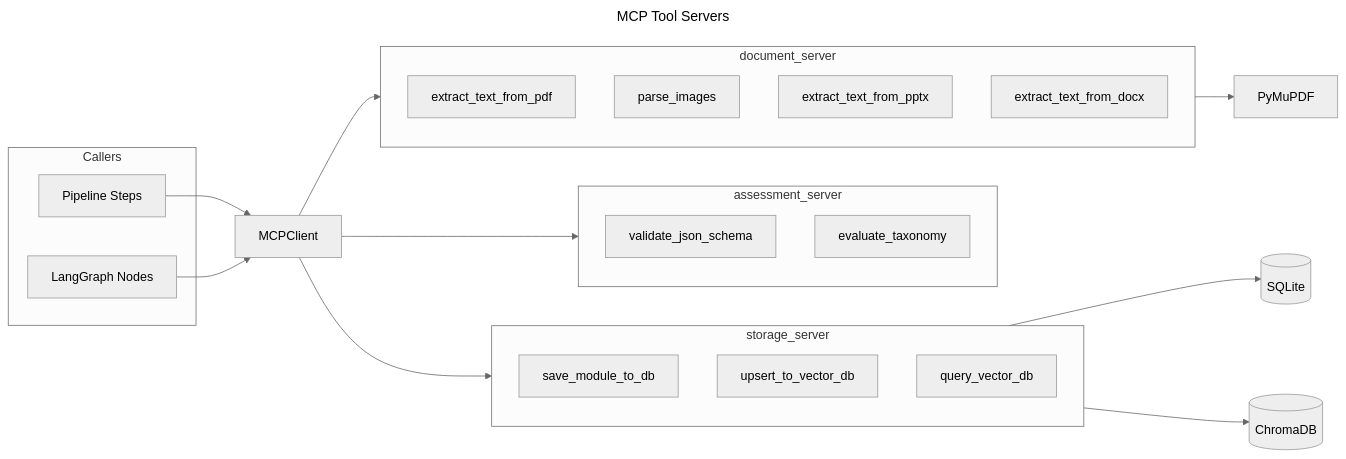
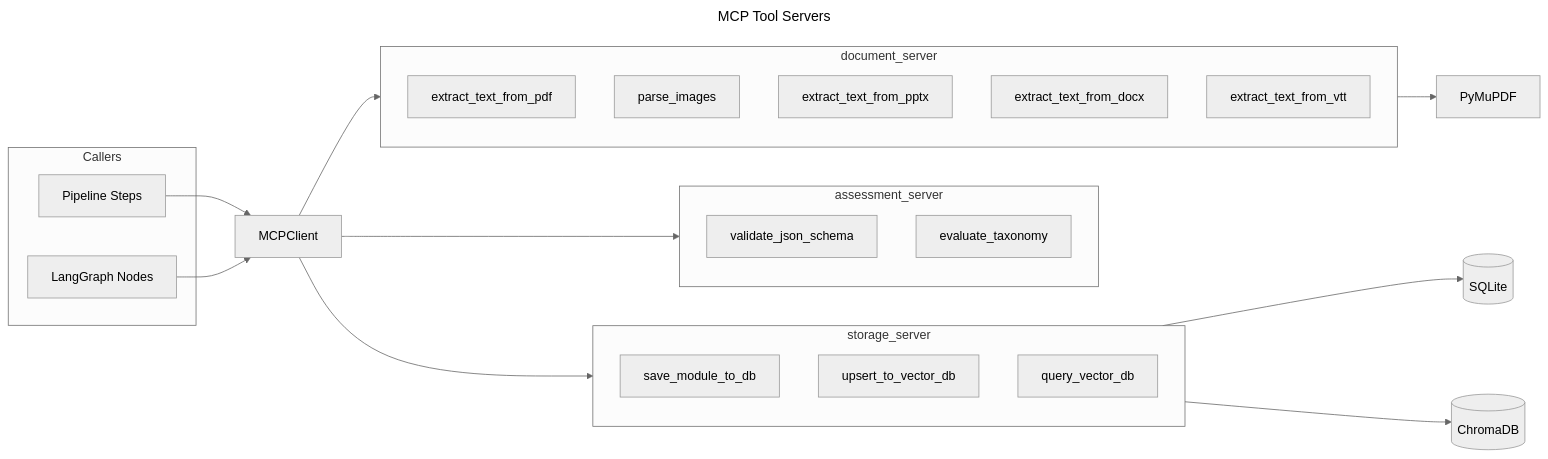
Before and after one commit to bijesh-p/deepl-ai-tutor: the fifth of 10 diagrams in ARCHITECTURE.md, drawn with Mermaid (neutral theme). The commit also changed other lines of this file and 3 other files, not shown here.

First line of the commit message:
[Phase 75] Sync ARCHITECTURE/CLAUDE/README/references with current features

````diff
--- a/ARCHITECTURE.md
+++ b/ARCHITECTURE.md
@@ -393,36 +432,37 @@
 ```mermaid
 ---
 title: MCP Tool Servers
 ---
 flowchart LR
     subgraph Callers
         PIPE[Pipeline Steps]
         TUTOR[LangGraph Nodes]
     end
 
     MC[MCPClient]
 
     subgraph document_server
         T1[extract_text_from_pdf]
         T2[parse_images]
         T1b[extract_text_from_pptx]
         T1c[extract_text_from_docx]
+        T1d[extract_text_from_vtt]
     end
 
     subgraph assessment_server
         T3[validate_json_schema]
         T4[evaluate_taxonomy]
     end
 
     subgraph storage_server
         T5[save_module_to_db]
         T6[upsert_to_vector_db]
         T7[query_vector_db]
     end
 
     PIPE & TUTOR --> MC
     MC --> document_server & assessment_server & storage_server
     document_server --> PyMuPDF[PyMuPDF]
     storage_server --> SQLite[(SQLite)]
     storage_server --> ChromaDB[(ChromaDB)]
 ```
````
